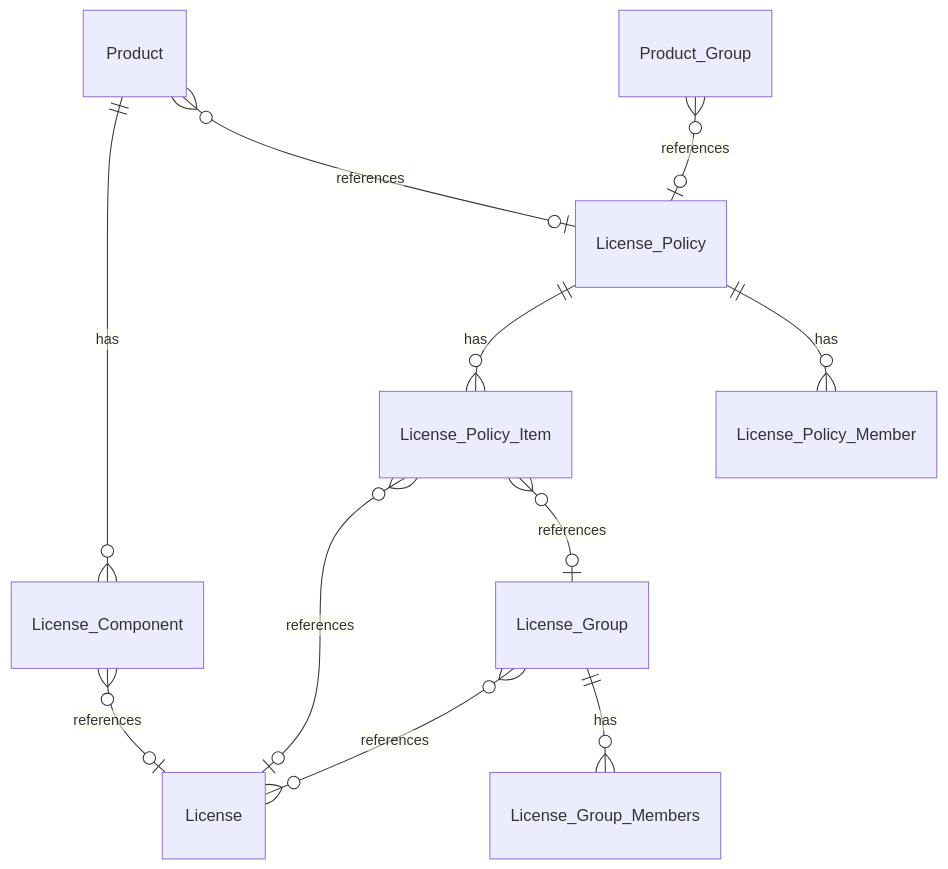
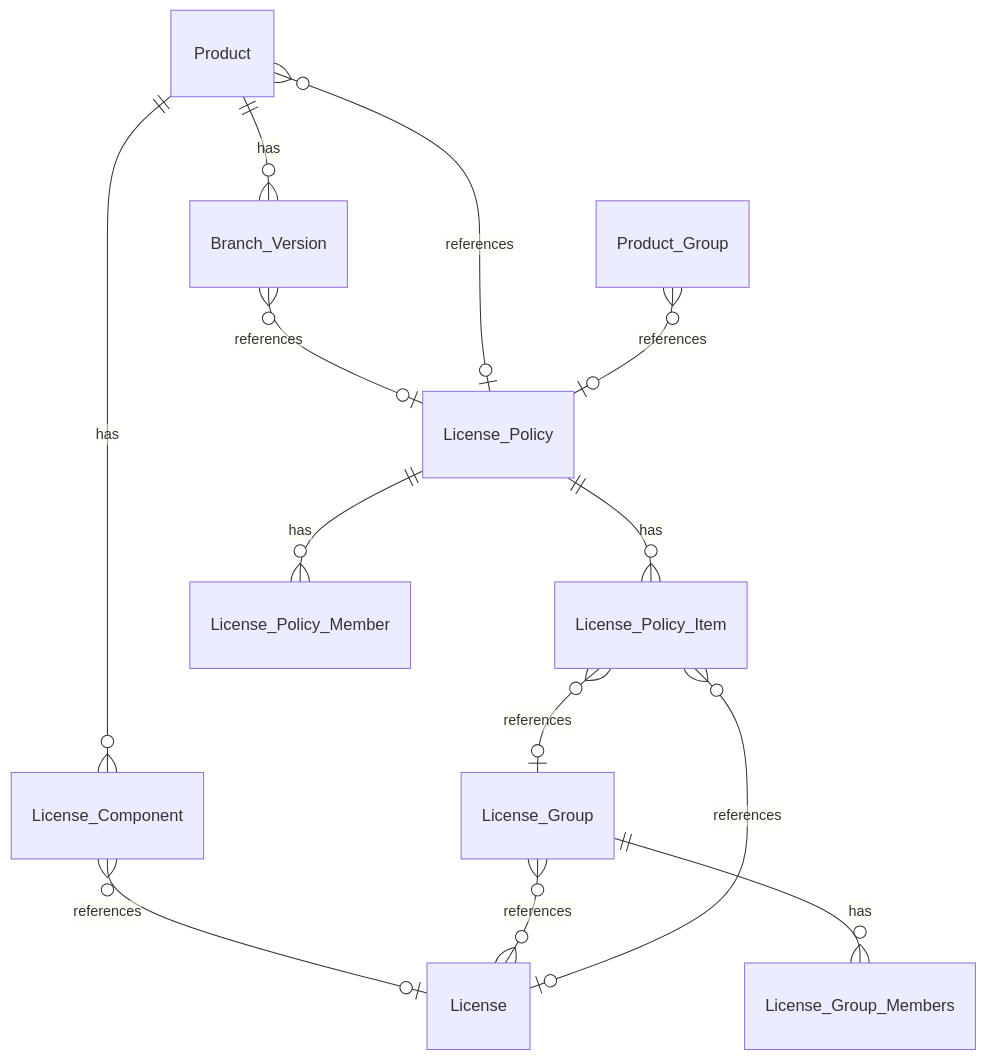
The second of 2 diagrams in docs/getting_started/data_model.md (MaibornWolff/SecObserve), drawn with Mermaid before and after one commit. The commit also changed 16 other files, not shown here.

````diff
--- a/docs/getting_started/data_model.md
+++ b/docs/getting_started/data_model.md
@@ -79,13 +79,15 @@
 ``` mermaid
 erDiagram
+    Product ||--o{ Branch_Version : has
     Product ||--o{ License_Component : has
+    Branch_Version }o--o| License_Policy : references
     Product }o--o| License_Policy : references
     Product_Group }o--o| License_Policy : references
     License_Component }o--o| License : references
     License_Policy ||--o{ License_Policy_Item : has
     License_Policy ||--o{ License_Policy_Member : has
     License_Group }o--o{ License : references
     License_Group ||--o{ License_Group_Members : has
     License_Policy_Item }o--o| License : references
     License_Policy_Item }o--o| License_Group : references
 ```
````
